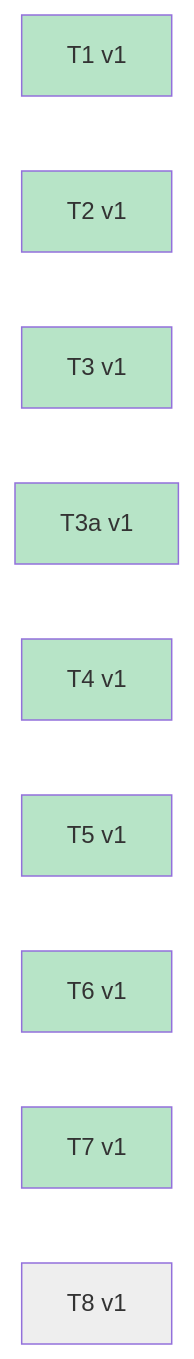
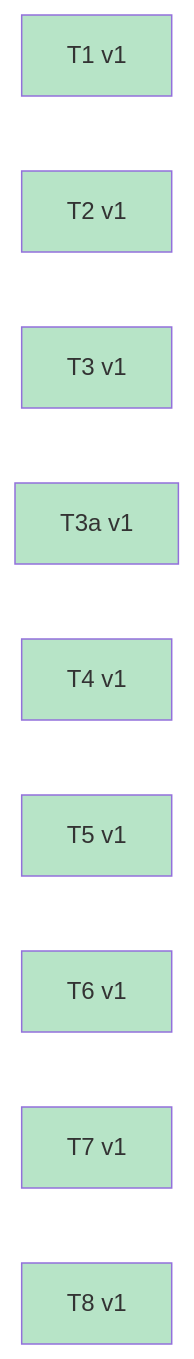
Before and after one commit to Curry09/AHE-Beta: diagram 51 of 51 in docs/specs/OVERVIEW.md, drawn with Mermaid. The commit also changed other lines of this file and 5 other files, not shown here.

````diff
--- a/docs/specs/OVERVIEW.md
+++ b/docs/specs/OVERVIEW.md
@@ -1136,23 +1136,22 @@
 ```mermaid
 graph LR
     v_T1_1["T1 v1"]
     v_T2_1["T2 v1"]
     v_T3_1["T3 v1"]
     v_T3a_1["T3a v1"]
     v_T4_1["T4 v1"]
     v_T5_1["T5 v1"]
     v_T6_1["T6 v1"]
     v_T7_1["T7 v1"]
     v_T8_1["T8 v1"]
     classDef st_done fill:#b7e4c7;
-    classDef st_pending fill:#eeeeee;
     class v_T1_1 st_done;
     class v_T2_1 st_done;
     class v_T3_1 st_done;
     class v_T3a_1 st_done;
     class v_T4_1 st_done;
     class v_T5_1 st_done;
     class v_T6_1 st_done;
     class v_T7_1 st_done;
-    class v_T8_1 st_pending;
+    class v_T8_1 st_done;
 ```
````
